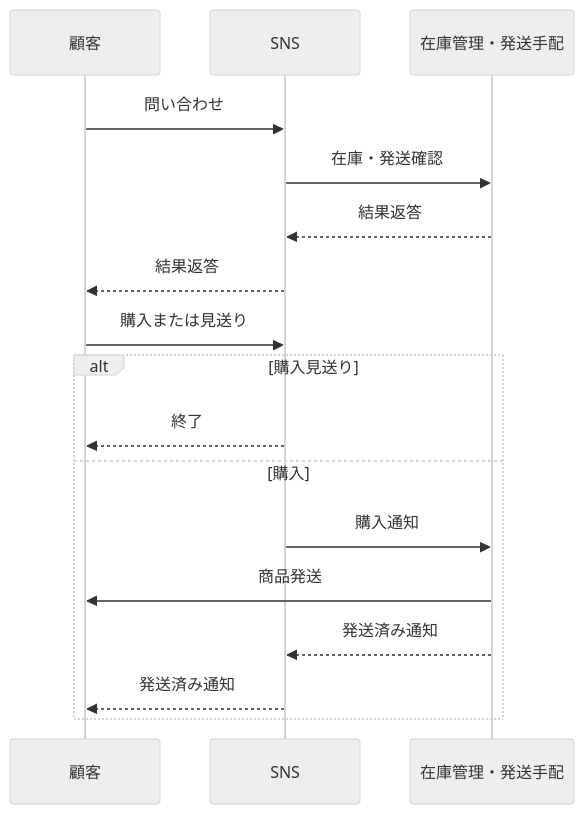
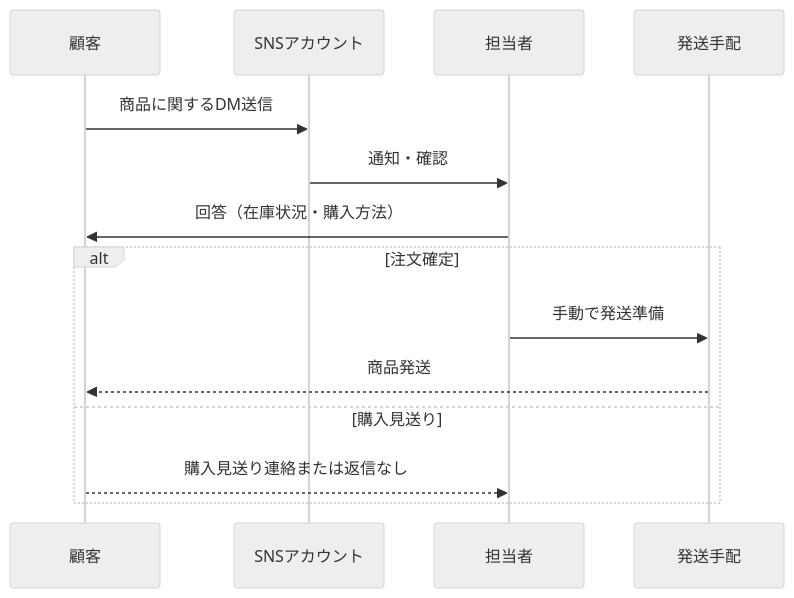
The diagram in 要件定義/要件定義書.md (YUKlT0/Equipe), drawn with Mermaid (neutral theme) before and after one commit. The commit also changed other lines of this file, not shown here.

Commit message:
おかしくなったらすみません

```diff
--- a/要件定義/要件定義書.md
+++ b/要件定義/要件定義書.md
@@ -265,21 +259,18 @@
 <div class="mermaid">
 sequenceDiagram
     participant 顧客
-    participant SNS
-    participant 在庫管理発送手配 as 在庫管理・発送手配
+    participant SNSアカウント
+    participant 担当者
+    participant 発送手配
 
-    顧客->>SNS: 問い合わせ
-    SNS->>在庫管理発送手配: 在庫・発送確認
-    在庫管理発送手配-->>SNS: 結果返答
-    SNS-->>顧客: 結果返答
-    顧客->>SNS: 購入または見送り
-    alt 購入見送り
-        SNS-->>顧客: 終了
-    else 購入
-        SNS->>在庫管理発送手配: 購入通知
-        在庫管理発送手配->>顧客: 商品発送
-        在庫管理発送手配-->>SNS: 発送済み通知
-        SNS-->>顧客: 発送済み通知
+    顧客->>SNSアカウント: 商品に関するDM送信
+    SNSアカウント->>担当者: 通知・確認
+    担当者->>顧客: 回答（在庫状況・購入方法）
+    alt 注文確定
+        担当者->>発送手配: 手動で発送準備
+        発送手配-->>顧客: 商品発送
+    else 購入見送り
+        顧客-->>担当者: 購入見送り連絡または返信なし
     end
 
 </div>
```
